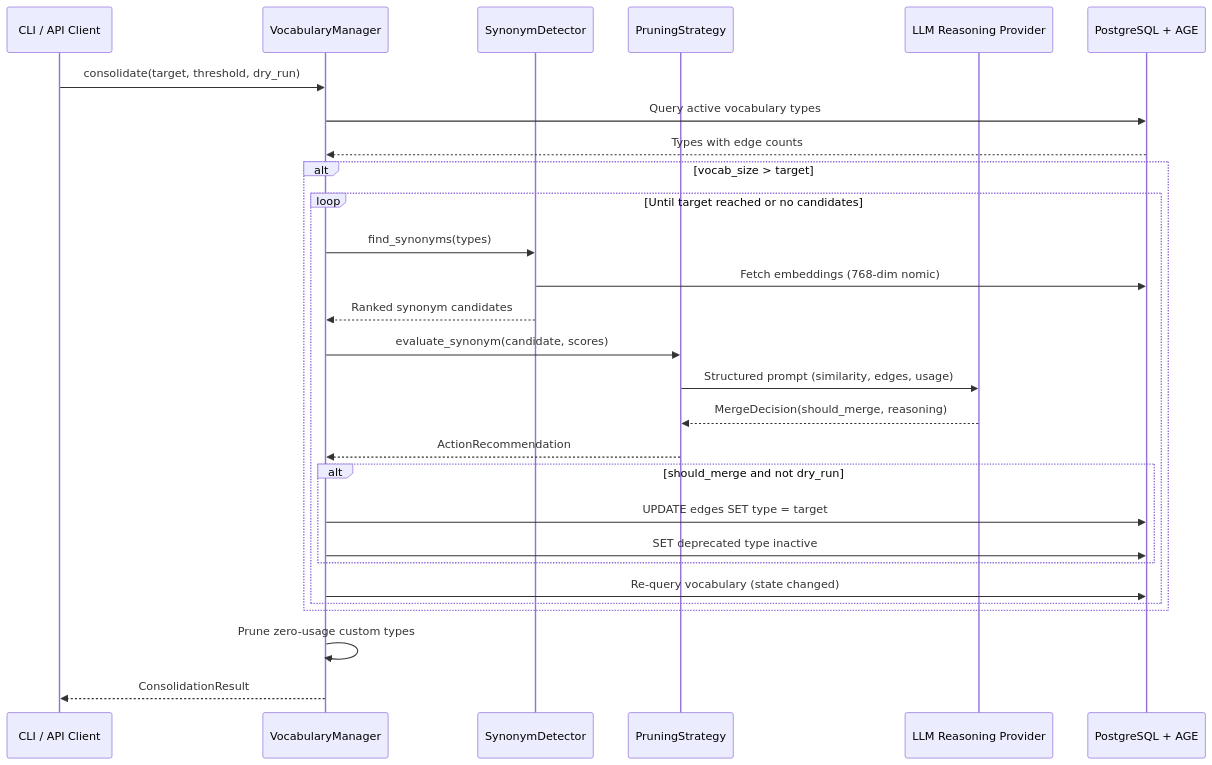
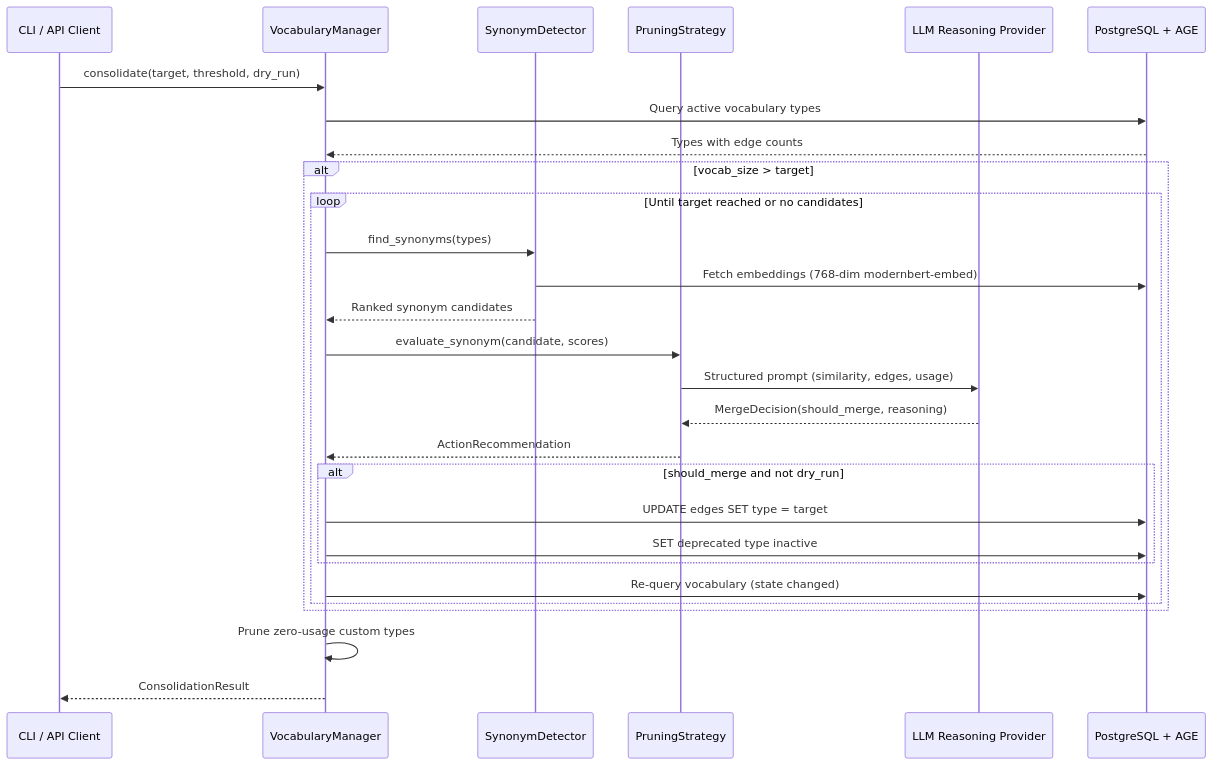
The first of 3 diagrams in docs/explanation/vocabulary-lifecycle.md (aaronsb/knowledge-graph-system), drawn with Mermaid before and after one commit. The commit also changed other lines of this file and 16 other files, not shown here.

````diff
--- a/docs/explanation/vocabulary-lifecycle.md
+++ b/docs/explanation/vocabulary-lifecycle.md
@@ -33,36 +33,36 @@
 ```mermaid
 sequenceDiagram
     participant CLI as CLI / API Client
     participant VM as VocabularyManager
     participant SD as SynonymDetector
     participant PS as PruningStrategy
     participant LLM as LLM Reasoning Provider
     participant DB as PostgreSQL + AGE
 
     CLI->>VM: consolidate(target, threshold, dry_run)
     VM->>DB: Query active vocabulary types
     DB-->>VM: Types with edge counts
 
     alt vocab_size > target
         loop Until target reached or no candidates
             VM->>SD: find_synonyms(types)
-            SD->>DB: Fetch embeddings (768-dim nomic)
+            SD->>DB: Fetch embeddings (768-dim modernbert-embed)
             SD-->>VM: Ranked synonym candidates
 
             VM->>PS: evaluate_synonym(candidate, scores)
             PS->>LLM: Structured prompt (similarity, edges, usage)
             LLM-->>PS: MergeDecision(should_merge, reasoning)
             PS-->>VM: ActionRecommendation
 
             alt should_merge and not dry_run
                 VM->>DB: UPDATE edges SET type = target
                 VM->>DB: SET deprecated type inactive
             end
 
             VM->>DB: Re-query vocabulary (state changed)
         end
     end
 
     VM->>VM: Prune zero-usage custom types
     VM-->>CLI: ConsolidationResult
 ```
````
